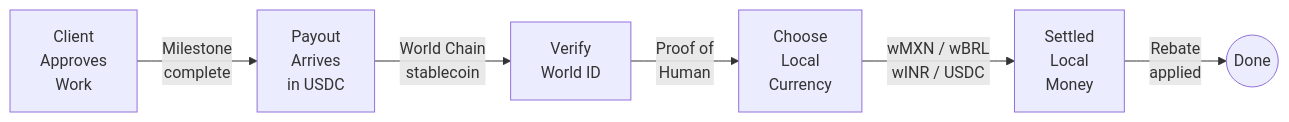
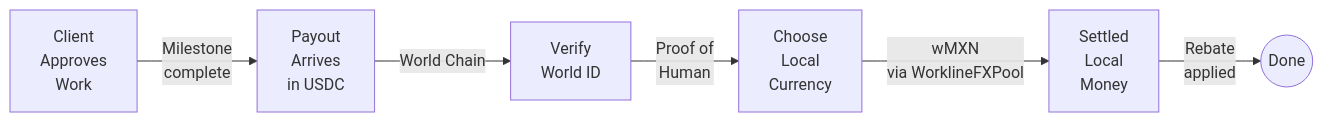
One commit to Adityaakr/Workline changed the first of 7 diagrams in README.md. Above: the diagram before and after it, drawn with Mermaid. The commit also changed other lines of this file and 5 other files, not shown here.

````diff
--- a/README.md
+++ b/README.md
@@ -46,8 +67,8 @@
 ```mermaid
 flowchart LR
-    A["Client\nApproves\nWork"] -->|Milestone\ncomplete| B["Payout\nArrives\nin USDC"]
-    B -->|World Chain\nstablecoin| C["Verify\nWorld ID"]
-    C -->|Proof of\nHuman| D["Choose\nLocal\nCurrency"]
-    D -->|wMXN / wBRL\nwINR / USDC| E["Settled\nLocal\nMoney"]
-    E -->|Rebate\napplied| F(("Done"))
+    A["Client<br/>Approves<br/>Work"] -->|Milestone<br/>complete| B["Payout<br/>Arrives<br/>in USDC"]
+    B -->|World Chain| C["Verify<br/>World ID"]
+    C -->|Proof of<br/>Human| D["Choose<br/>Local<br/>Currency"]
+    D -->|wMXN<br/>via WorklineFXPool| E["Settled<br/>Local<br/>Money"]
+    E -->|Rebate<br/>applied| F(("Done"))
 ```
````
